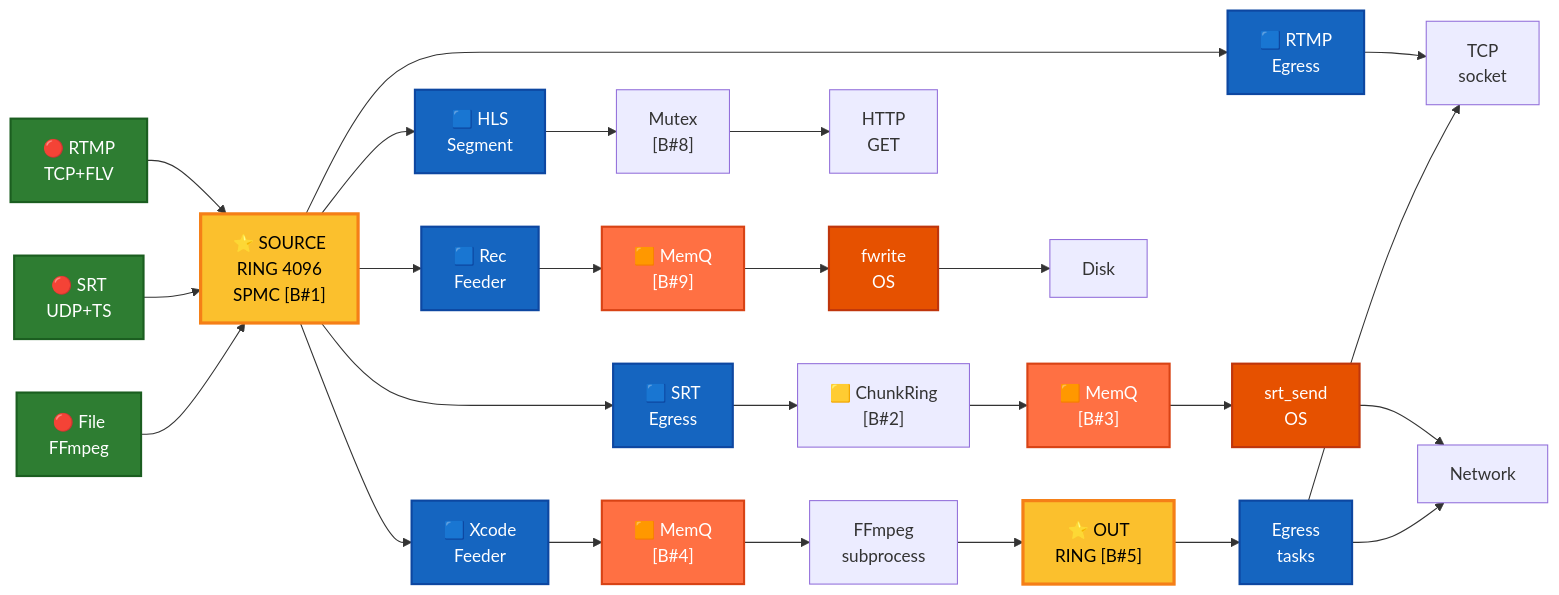
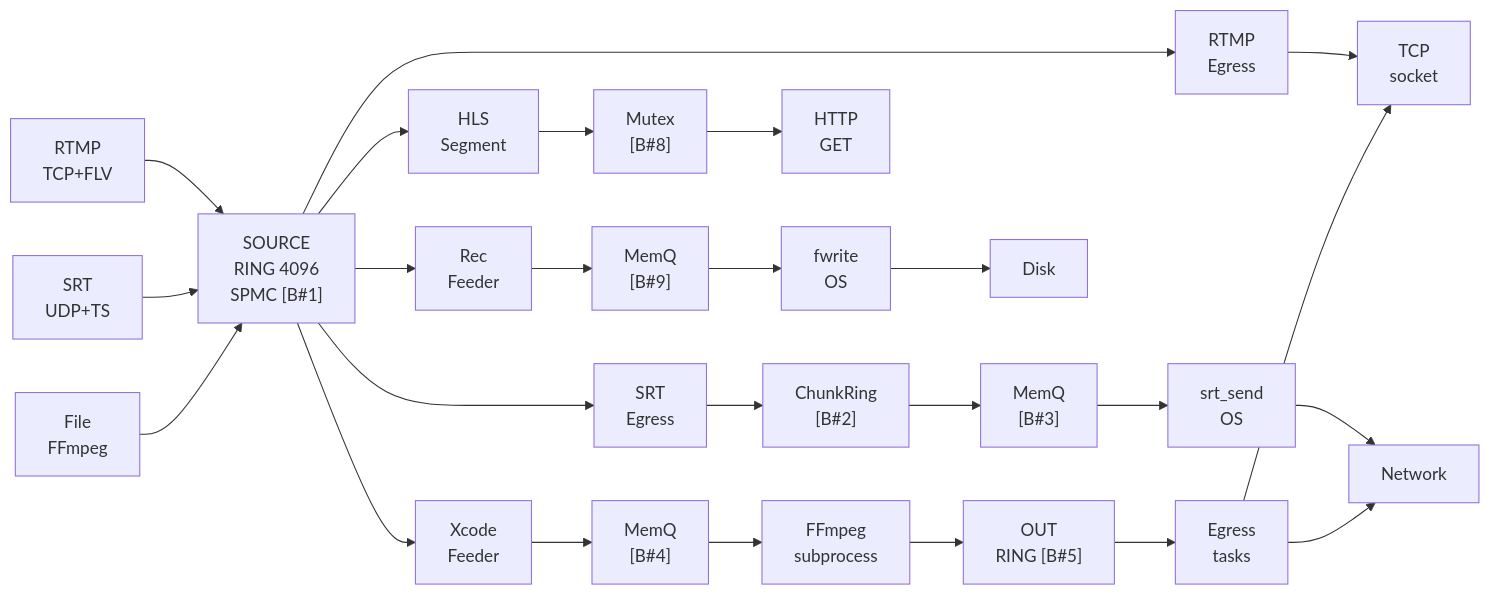
The first of 24 diagrams in docs/run-to-completion-analysis.md (krsna1729/restream), drawn with Mermaid before and after one commit. The commit also changed other lines of this file and 6 other files, not shown here.

First line of the commit message:
docs: retire duplicate SVG and styled diagram variants

````diff
--- a/docs/run-to-completion-analysis.md
+++ b/docs/run-to-completion-analysis.md
@@ -32,47 +30,35 @@
 ```mermaid
-graph LR
-    RTMP["🔴 RTMP<br/>TCP+FLV"] --> SourceRing
-    SRT["🔴 SRT<br/>UDP+TS"] --> SourceRing
-    File["🔴 File<br/>FFmpeg"] --> SourceRing
-    
-    SourceRing["⭐ SOURCE<br/>RING 4096<br/>SPMC [B#1]"]
-    
-    SourceRing --> RTMP_EGR["🟦 RTMP<br/>Egress"]
-    SourceRing --> SRT_EGR["🟦 SRT<br/>Egress"]
-    SourceRing --> HLS_EGR["🟦 HLS<br/>Segment"]
-    SourceRing --> RECORD["🟦 Rec<br/>Feeder"]
-    SourceRing --> XCODE_F["🟦 Xcode<br/>Feeder"]
-    
+flowchart LR
+    RTMP["RTMP<br/>TCP+FLV"] --> SourceRing
+    SRT["SRT<br/>UDP+TS"] --> SourceRing
+    File["File<br/>FFmpeg"] --> SourceRing
+
+    SourceRing["SOURCE<br/>RING 4096<br/>SPMC [B#1]"]
+
+    SourceRing --> RTMP_EGR["RTMP<br/>Egress"]
+    SourceRing --> SRT_EGR["SRT<br/>Egress"]
+    SourceRing --> HLS_EGR["HLS<br/>Segment"]
+    SourceRing --> RECORD["Rec<br/>Feeder"]
+    SourceRing --> XCODE_F["Xcode<br/>Feeder"]
+
     RTMP_EGR --> RTMP_TCP["TCP<br/>socket"]
-    
-    SRT_EGR --> SRT_MUX["🟨 ChunkRing<br/>[B#2]"]
-    SRT_MUX --> SRT_QUEUE["🟧 MemQ<br/>[B#3]"]
+
+    SRT_EGR --> SRT_MUX["ChunkRing<br/>[B#2]"]
+    SRT_MUX --> SRT_QUEUE["MemQ<br/>[B#3]"]
     SRT_QUEUE --> SRT_SEND["srt_send<br/>OS"]
     SRT_SEND --> SRT_NET["Network"]
-    
+
     HLS_EGR --> HLS_M["Mutex<br/>[B#8]"]
     HLS_M --> HTTP["HTTP<br/>GET"]
-    
-    RECORD --> REC_Q["🟧 MemQ<br/>[B#9]"]
+
+    RECORD --> REC_Q["MemQ<br/>[B#9]"]
     REC_Q --> FWRITE["fwrite<br/>OS"]
     FWRITE --> DISK["Disk"]
-    
-    XCODE_F --> XCODE_Q["🟧 MemQ<br/>[B#4]"]
+
+    XCODE_F --> XCODE_Q["MemQ<br/>[B#4]"]
     XCODE_Q --> FFMPEG["FFmpeg<br/>subprocess"]
-    FFMPEG --> OUTPUT["⭐ OUT<br/>RING [B#5]"]
+    FFMPEG --> OUTPUT["OUT<br/>RING [B#5]"]
     OUTPUT --> XCODE_OUT["Egress<br/>tasks"]
     XCODE_OUT --> RTMP_TCP
     XCODE_OUT --> SRT_NET
-    
-    classDef ingest fill:#2e7d32,stroke:#1b5e20,stroke-width:2px,color:#fff
-    classDef ring fill:#fbc02d,stroke:#f57f17,stroke-width:3px,color:#000
-    classDef task fill:#1565c0,stroke:#0d47a1,stroke-width:2px,color:#fff
-    classDef thread fill:#e65100,stroke:#bf360c,stroke-width:2px,color:#fff
-    classDef queue fill:#ff7043,stroke:#d84315,stroke-width:2px,color:#fff
-    
-    class RTMP,SRT,File ingest
-    class SourceRing,OUTPUT ring
-    class RTMP_EGR,SRT_EGR,HLS_EGR,RECORD,XCODE_F,XCODE_OUT task
-    class SRT_SEND,FWRITE thread
-    class SRT_QUEUE,REC_Q,XCODE_Q queue
 ```
````
